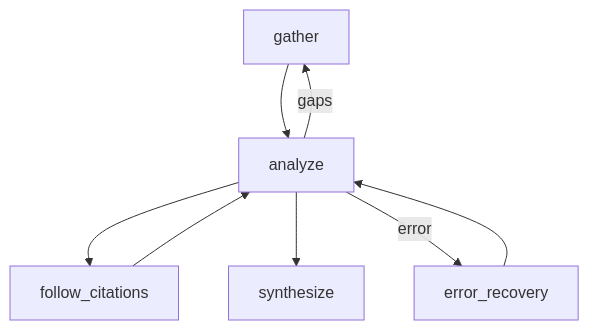
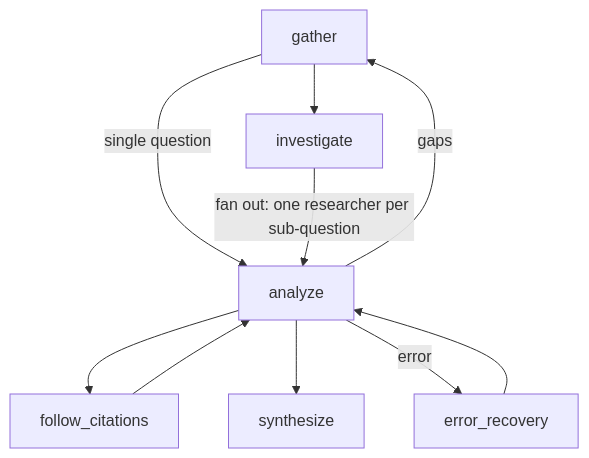
Before and after one commit to GEMISIS/leviath: the sixth of 7 diagrams in docs/content/agent-catalog.md, drawn with Mermaid. The commit also changed other lines of this file and 52 other files, not shown here.

First line of the commit message:
feat(agents): fan out the research, review, and log agents

````diff
--- a/docs/content/agent-catalog.md
+++ b/docs/content/agent-catalog.md
@@ -199,10 +191,12 @@
 ```mermaid
 flowchart TD
-    gather --> analyze
+    gather --> investigate
+    gather -->|single question| analyze
+    investigate -->|"fan out: one researcher per sub-question"| analyze
     analyze -->|gaps| gather
     analyze --> follow_citations
     follow_citations --> analyze
     analyze --> synthesize
     analyze -->|error| error_recovery
     error_recovery --> analyze
 ```
````
